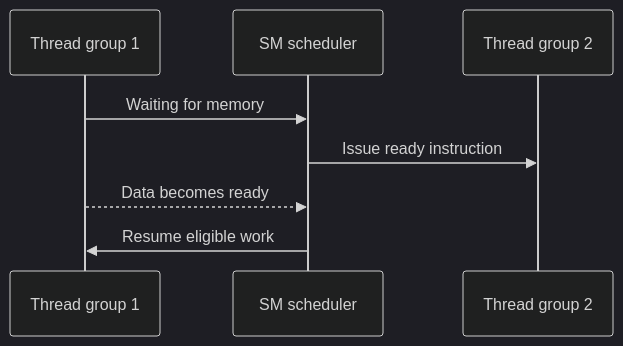
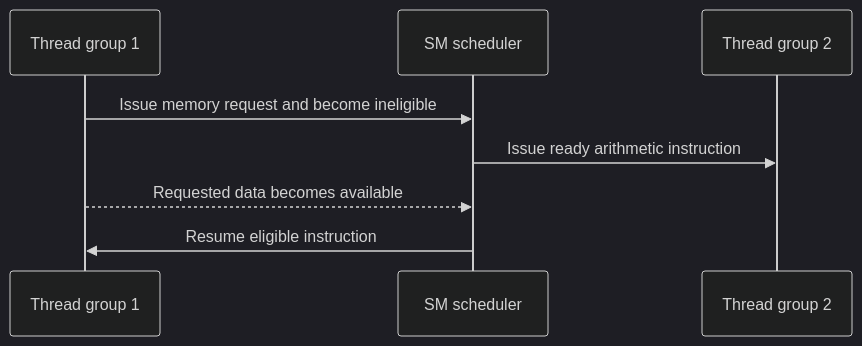
Before and after one commit to iqbalk89/Inference-Performance-Lab: diagram 19 of 29 in curriculum/phase-01-gpu-inference-foundations/modules/01-gpu-architecture/lessons/01-computing-and-parallelism-foundations.md, drawn with Mermaid (dark theme). The commit also changed other lines of this file and 2 other files, not shown here.

Commit message:
Clarify CPU GPU inference flow

````diff
--- a/curriculum/phase-01-gpu-inference-foundations/modules/01-gpu-architecture/lessons/01-computing-and-parallelism-foundations.md
+++ b/curriculum/phase-01-gpu-inference-foundations/modules/01-gpu-architecture/lessons/01-computing-and-parallelism-foundations.md
@@ -1028,10 +1440,10 @@
 ```mermaid
 sequenceDiagram
     participant W1 as Thread group 1
     participant SM as SM scheduler
     participant W2 as Thread group 2
-    W1->>SM: Waiting for memory
-    SM->>W2: Issue ready instruction
-    W1-->>SM: Data becomes ready
-    SM->>W1: Resume eligible work
+    W1->>SM: Issue memory request and become ineligible
+    SM->>W2: Issue ready arithmetic instruction
+    W1-->>SM: Requested data becomes available
+    SM->>W1: Resume eligible instruction
 ```
````
